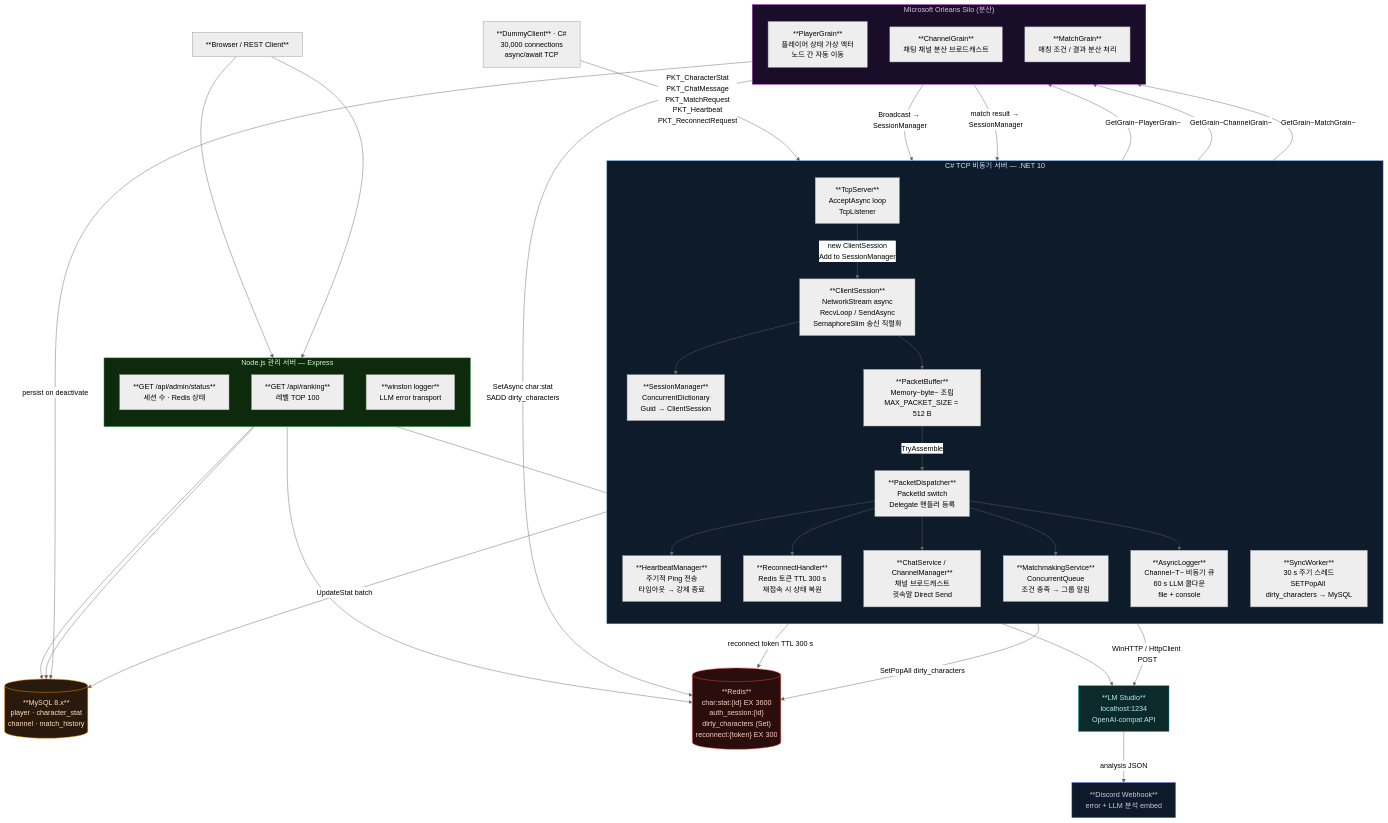
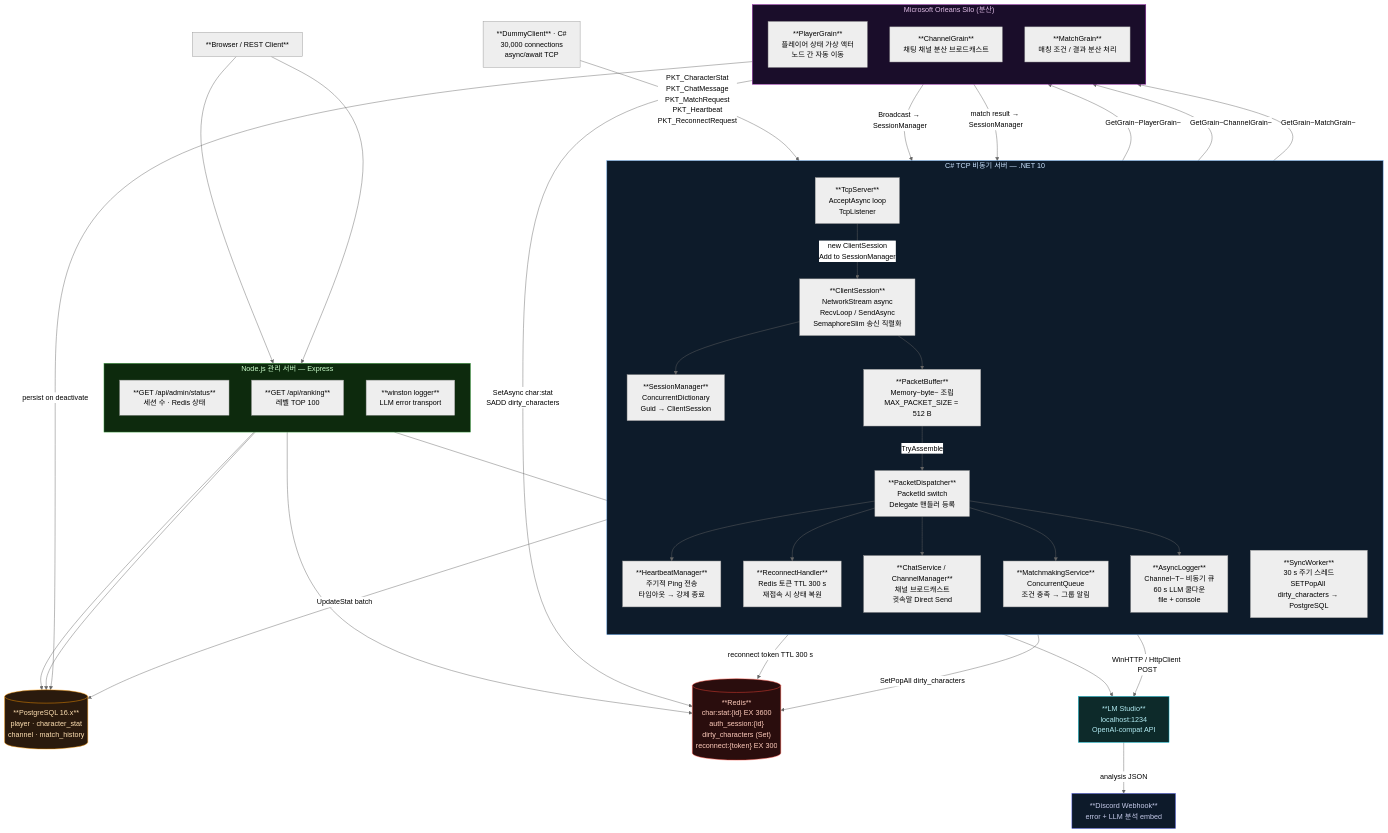
The first of 2 diagrams in README.md (Sewqp/GAME-Server-CSharp), drawn with Mermaid (neutral theme) before and after one commit. The commit also changed other lines of this file and 15 other files, not shown here.

First line of the commit message:
refactor: MySQL → PostgreSQL 전환

````diff
--- a/README.md
+++ b/README.md
@@ -67,76 +67,76 @@
 ```mermaid
 flowchart TD
     DC["**DummyClient** · C#\n30,000 connections\nasync/await TCP"]
     Browser["**Browser / REST Client**"]
 
     subgraph TCP["  C# TCP 비동기 서버 — .NET 10  "]
         direction TB
         TS["**TcpServer**\nAcceptAsync loop\nTcpListener"]
         CS["**ClientSession**\nNetworkStream async\nRecvLoop / SendAsync\nSemaphoreSlim 송신 직렬화"]
         SM["**SessionManager**\nConcurrentDictionary\nGuid → ClientSession"]
         PB["**PacketBuffer**\nMemory~byte~ 조립\nMAX_PACKET_SIZE = 512 B"]
         PD["**PacketDispatcher**\nPacketId switch\nDelegate 핸들러 등록"]
         HB["**HeartbeatManager**\n주기적 Ping 전송\n타임아웃 → 강제 종료"]
         RECON["**ReconnectHandler**\nRedis 토큰 TTL 300 s\n재접속 시 상태 복원"]
         CHAT["**ChatService / ChannelManager**\n채널 브로드캐스트\n귓속말 Direct Send"]
         MATCH["**MatchmakingService**\nConcurrentQueue\n조건 충족 → 그룹 알림"]
-        SYNC["**SyncWorker**\n30 s 주기 스레드\nSETPopAll dirty_characters → MySQL"]
+        SYNC["**SyncWorker**\n30 s 주기 스레드\nSETPopAll dirty_characters → PostgreSQL"]
         LOG["**AsyncLogger**\nChannel~T~ 비동기 큐\n60 s LLM 쿨다운\nfile + console"]
     end
 
     subgraph ORLEANS["  Microsoft Orleans Silo (분산)  "]
         direction TB
         PG["**PlayerGrain**\n플레이어 상태 가상 액터\n노드 간 자동 이동"]
         CG["**ChannelGrain**\n채팅 채널 분산 브로드캐스트"]
         MG["**MatchGrain**\n매칭 조건 / 결과 분산 처리"]
     end
 
     subgraph NODE["  Node.js 관리 서버 — Express  "]
         direction TB
         ADMIN["**GET /api/admin/status**\n세션 수 · Redis 상태"]
         RANK["**GET /api/ranking**\n레벨 TOP 100"]
         NLOG["**winston logger**\nLLM error transport"]
     end
 
-    MySQL[("**MySQL 8.x**\nplayer · character_stat\nchannel · match_history")]
+    Postgres[("**PostgreSQL 16.x**\nplayer · character_stat\nchannel · match_history")]
     RedisDB[("**Redis**\nchar:stat:{id} EX 3600\nauth_session:{id}\ndirty_characters (Set)\nreconnect:{token} EX 300")]
     LM["**LM Studio**\nlocalhost:1234\nOpenAI-compat API"]
     Discord["**Discord Webhook**\nerror + LLM 분석 embed"]
 
     DC -->|"PKT_CharacterStat\nPKT_ChatMessage\nPKT_MatchRequest\nPKT_Heartbeat\nPKT_ReconnectRequest"| TS
     TS -->|"new ClientSession\nAdd to SessionManager"| CS
     CS --> SM
     CS --> PB
     PB -->|"TryAssemble"| PD
     PD --> HB
     PD --> RECON
     PD --> CHAT
     PD --> MATCH
     PD -->|"GetGrain~PlayerGrain~"| PG
     PD --> LOG
     CHAT -->|"GetGrain~ChannelGrain~"| CG
     MATCH -->|"GetGrain~MatchGrain~"| MG
     PG -->|"SetAsync char:stat\nSADD dirty_characters"| RedisDB
-    PG -->|"persist on deactivate"| MySQL
+    PG -->|"persist on deactivate"| Postgres
     RECON -->|"reconnect token TTL 300 s"| RedisDB
     CG -->|"Broadcast → SessionManager"| SM
     MG -->|"match result → SessionManager"| SM
     SYNC -->|"SetPopAll dirty_characters"| RedisDB
-    SYNC -->|"UpdateStat batch"| MySQL
+    SYNC -->|"UpdateStat batch"| Postgres
     LOG -->|"WinHTTP / HttpClient POST"| LM
     LM -->|"analysis JSON"| Discord
     Browser --> ADMIN
     Browser --> RANK
-    ADMIN --> MySQL
+    ADMIN --> Postgres
     ADMIN --> RedisDB
-    RANK --> MySQL
+    RANK --> Postgres
     NLOG --> LM
 
     style TCP fill:#0d1b2a,stroke:#4a90d9,color:#cce4ff
     style ORLEANS fill:#1a0d2a,stroke:#9c27b0,color:#e1bee7
     style NODE fill:#0d2a0d,stroke:#4caf50,color:#ccffcc
-    style MySQL fill:#2a1a0d,stroke:#ff9800,color:#ffe0b2
+    style Postgres fill:#2a1a0d,stroke:#ff9800,color:#ffe0b2
     style RedisDB fill:#2a0d0d,stroke:#f44336,color:#ffccbc
     style LM fill:#0d2a2a,stroke:#00bcd4,color:#b2ebf2
     style Discord fill:#0d1a2a,stroke:#5865f2,color:#c5cae9
 ```
````
